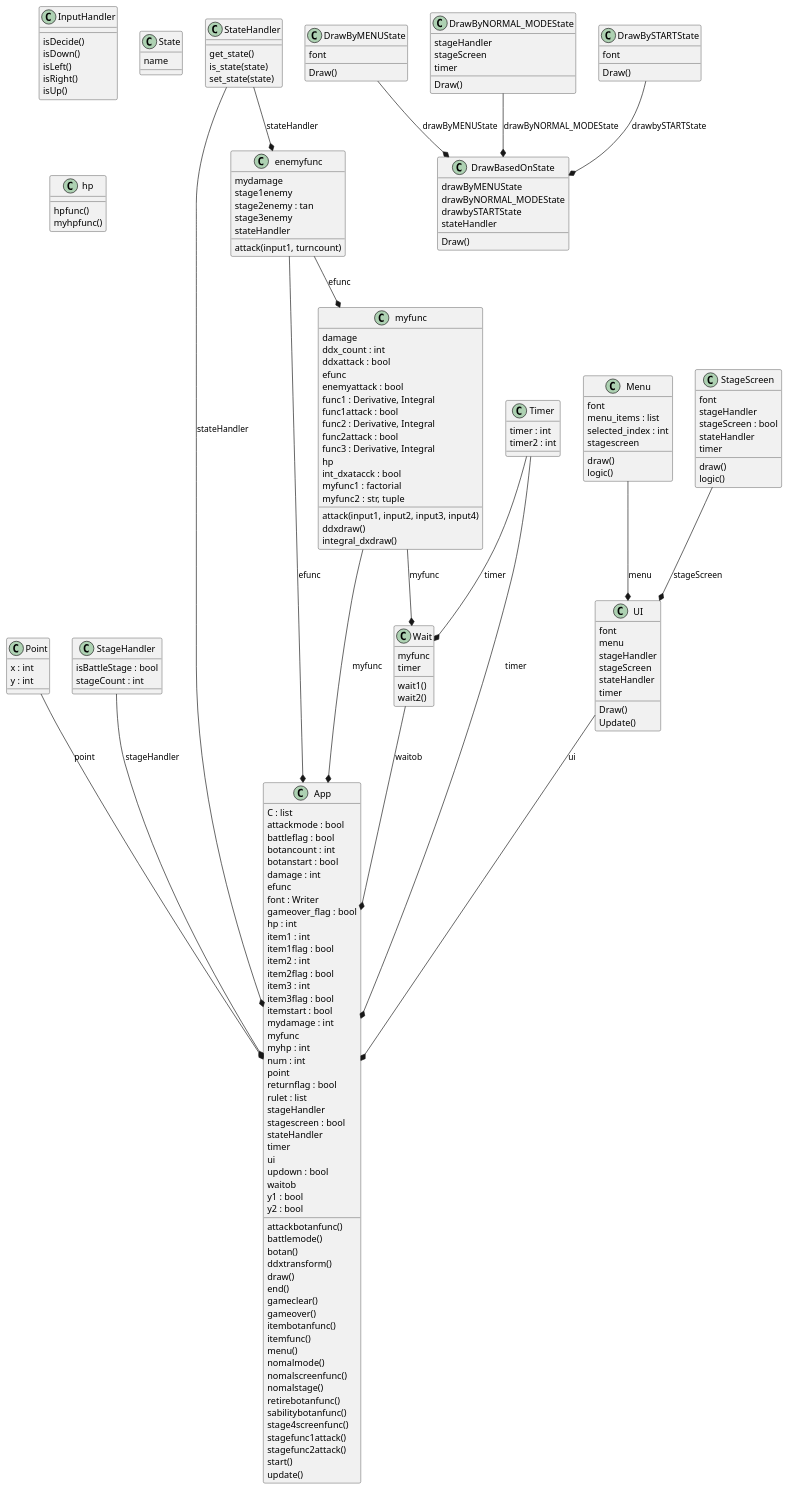
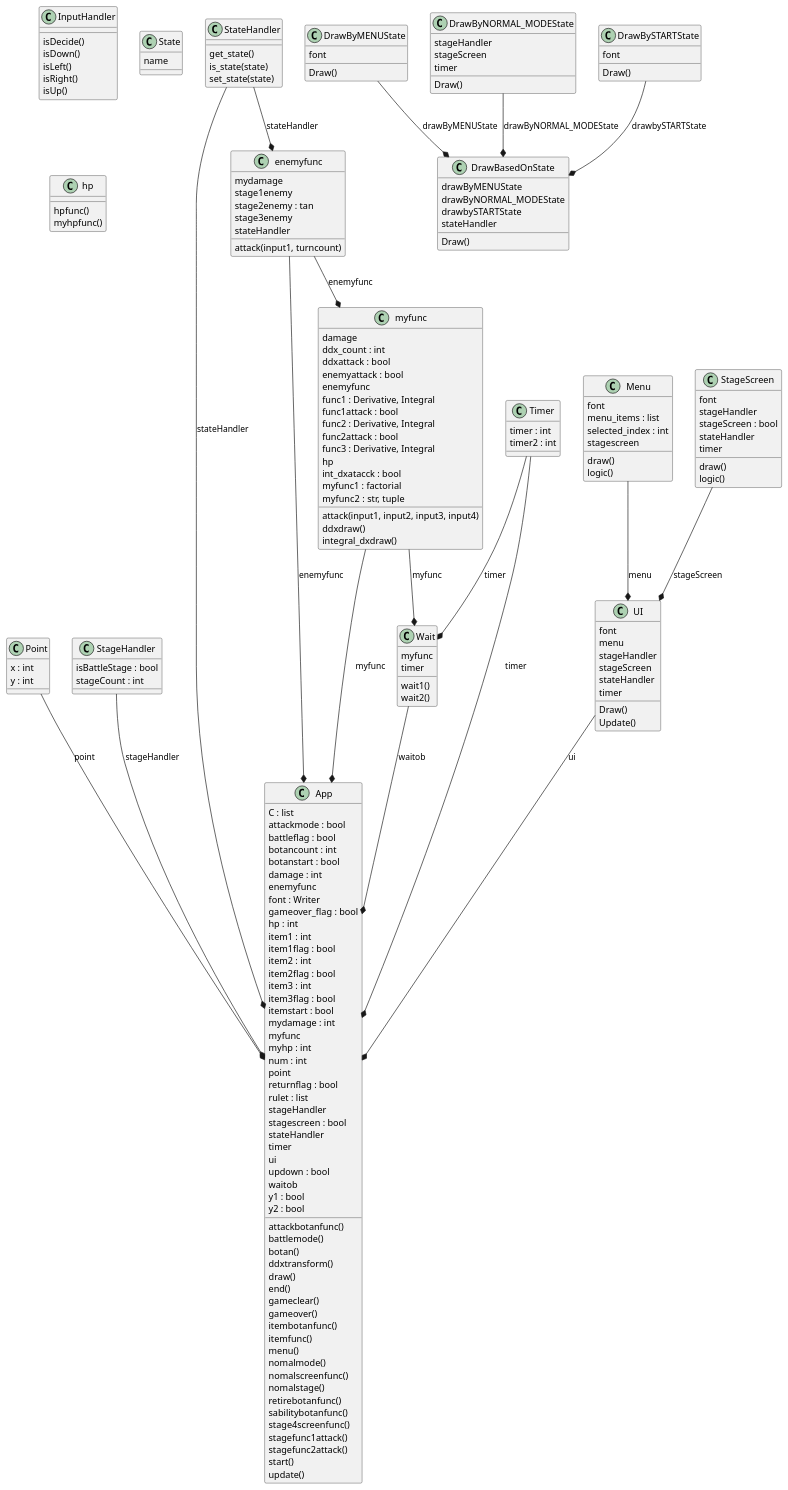
Before and after one commit to Minato-Hayakawa/ddx_rpg: the diagram in programs/main/classes.plantuml, drawn with PlantUML.

Commit message:
更新しました。

```diff
--- a/programs/main/classes.plantuml
+++ b/programs/main/classes.plantuml
@@ -1,188 +1,188 @@
 @startuml classes
 set namespaceSeparator none
 class "App" as main2.App {
   C : list
   attackmode : bool
   battleflag : bool
   botancount : int
   botanstart : bool
   damage : int
-  efunc
+  enemyfunc
   font : Writer
   gameover_flag : bool
   hp : int
   item1 : int
   item1flag : bool
   item2 : int
   item2flag : bool
   item3 : int
   item3flag : bool
   itemstart : bool
   mydamage : int
   myfunc
   myhp : int
   num : int
   point
   returnflag : bool
   rulet : list
   stageHandler
   stagescreen : bool
   stateHandler
   timer
   ui
   updown : bool
   waitob
   y1 : bool
   y2 : bool
   attackbotanfunc()
   battlemode()
   botan()
   ddxtransform()
   draw()
   end()
   gameclear()
   gameover()
   itembotanfunc()
   itemfunc()
   menu()
   nomalmode()
   nomalscreenfunc()
   nomalstage()
   retirebotanfunc()
   sabilitybotanfunc()
   stage4screenfunc()
   stagefunc1attack()
   stagefunc2attack()
   start()
   update()
 }
 class "DrawBasedOnState" as main2.DrawBasedOnState {
   drawByMENUState
   drawByNORMAL_MODEState
   drawbySTARTState
   stateHandler
   Draw()
 }
 class "DrawByMENUState" as main2.DrawByMENUState {
   font
   Draw()
 }
 class "DrawByNORMAL_MODEState" as main2.DrawByNORMAL_MODEState {
   stageHandler
   stageScreen
   timer
   Draw()
 }
 class "DrawBySTARTState" as main2.DrawBySTARTState {
   font
   Draw()
 }
 class "InputHandler" as main2.InputHandler {
   isDecide()
   isDown()
   isLeft()
   isRight()
   isUp()
 }
 class "Menu" as main2.UI.Menu {
   font
   menu_items : list
   selected_index : int
   stagescreen
   draw()
   logic()
 }
 class "Point" as main2.Point {
   x : int
   y : int
 }
 class "StageHandler" as main2.StageHandler {
   isBattleStage : bool
   stageCount : int
 }
 class "StageScreen" as main2.UI.StageScreen {
   font
   stageHandler
   stageScreen : bool
   stateHandler
   timer
   draw()
   logic()
 }
 class "State" as main2.State {
   name
 }
 class "StateHandler" as main2.StateHandler {
   get_state()
   is_state(state)
   set_state(state)
 }
 class "Timer" as main2.Timer {
   timer : int
   timer2 : int
 }
 class "UI" as main2.UI {
   font
   menu
   stageHandler
   stageScreen
   stateHandler
   timer
   Draw()
   Update()
 }
 class "Wait" as main2.Wait {
   myfunc
   timer
   wait1()
   wait2()
 }
 class "enemyfunc" as main2.enemyfunc {
   mydamage
   stage1enemy
   stage2enemy : tan
   stage3enemy
   stateHandler
   attack(input1, turncount)
 }
 class "hp" as main2.hp {
   hpfunc()
   myhpfunc()
 }
 class "myfunc" as main2.myfunc {
   damage
   ddx_count : int
   ddxattack : bool
-  efunc
   enemyattack : bool
+  enemyfunc
   func1 : Derivative, Integral
   func1attack : bool
   func2 : Derivative, Integral
   func2attack : bool
   func3 : Derivative, Integral
   hp
   int_dxatacck : bool
   myfunc1 : factorial
   myfunc2 : str, tuple
   attack(input1, input2, input3, input4)
   ddxdraw()
   integral_dxdraw()
 }
 main2.DrawByMENUState --* main2.DrawBasedOnState : drawByMENUState
 main2.DrawByNORMAL_MODEState --* main2.DrawBasedOnState : drawByNORMAL_MODEState
 main2.DrawBySTARTState --* main2.DrawBasedOnState : drawbySTARTState
 main2.Point --* main2.App : point
 main2.StageHandler --* main2.App : stageHandler
 main2.StateHandler --* main2.App : stateHandler
 main2.StateHandler --* main2.enemyfunc : stateHandler
 main2.Timer --* main2.App : timer
 main2.Timer --* main2.Wait : timer
 main2.UI --* main2.App : ui
 main2.UI.Menu --* main2.UI : menu
 main2.UI.StageScreen --* main2.UI : stageScreen
 main2.Wait --* main2.App : waitob
-main2.enemyfunc --* main2.App : efunc
-main2.enemyfunc --* main2.myfunc : efunc
+main2.enemyfunc --* main2.App : enemyfunc
+main2.enemyfunc --* main2.myfunc : enemyfunc
 main2.myfunc --* main2.App : myfunc
 main2.myfunc --* main2.Wait : myfunc
 @enduml
```
